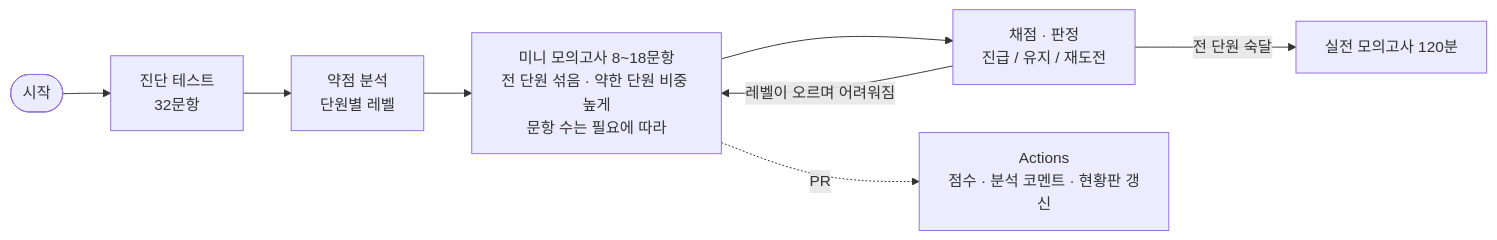
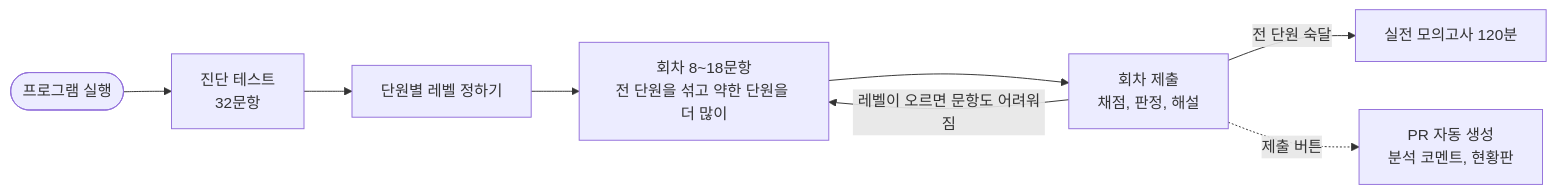
Before and after one commit to WaterMinCho/rokey-python-study: the diagram in README.md, drawn with Mermaid. The commit also changed other lines of this file and 238 other files, not shown here.

````diff
--- a/README.md
+++ b/README.md
@@ -69,10 +70,10 @@
 ```mermaid
 flowchart LR
-    S([시작]) --> D[진단 테스트<br/>32문항]
-    D --> A[약점 분석<br/>단원별 레벨]
-    A --> R[미니 모의고사 8~18문항<br/>전 단원 섞음 · 약한 단원 비중 높게<br/>문항 수는 필요에 따라]
-    R --> G[채점 · 판정<br/>진급 / 유지 / 재도전]
-    G -->|레벨이 오르며 어려워짐| R
+    S([프로그램 실행]) --> D[진단 테스트<br/>32문항]
+    D --> A[단원별 레벨 정하기]
+    A --> R[회차 8~18문항<br/>전 단원을 섞고 약한 단원을 더 많이]
+    R --> G[회차 제출<br/>채점, 판정, 해설]
+    G -->|레벨이 오르면 문항도 어려워짐| R
     G -->|전 단원 숙달| M[실전 모의고사 120분]
-    R -.->|PR| C[Actions<br/>점수 · 분석 코멘트 · 현황판 갱신]
+    G -.->|제출 버튼| C[PR 자동 생성<br/>분석 코멘트, 현황판]
 ```
````
